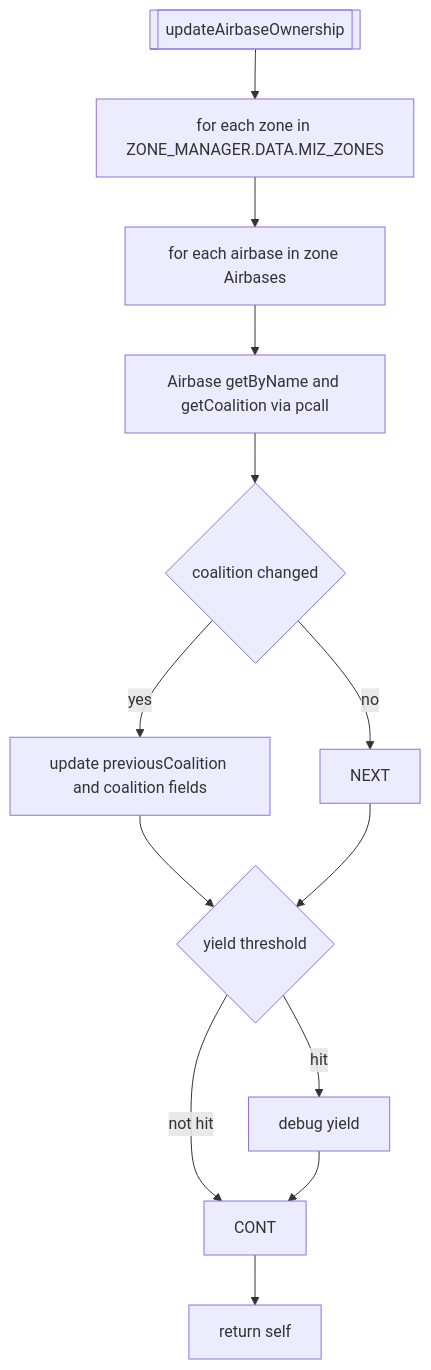
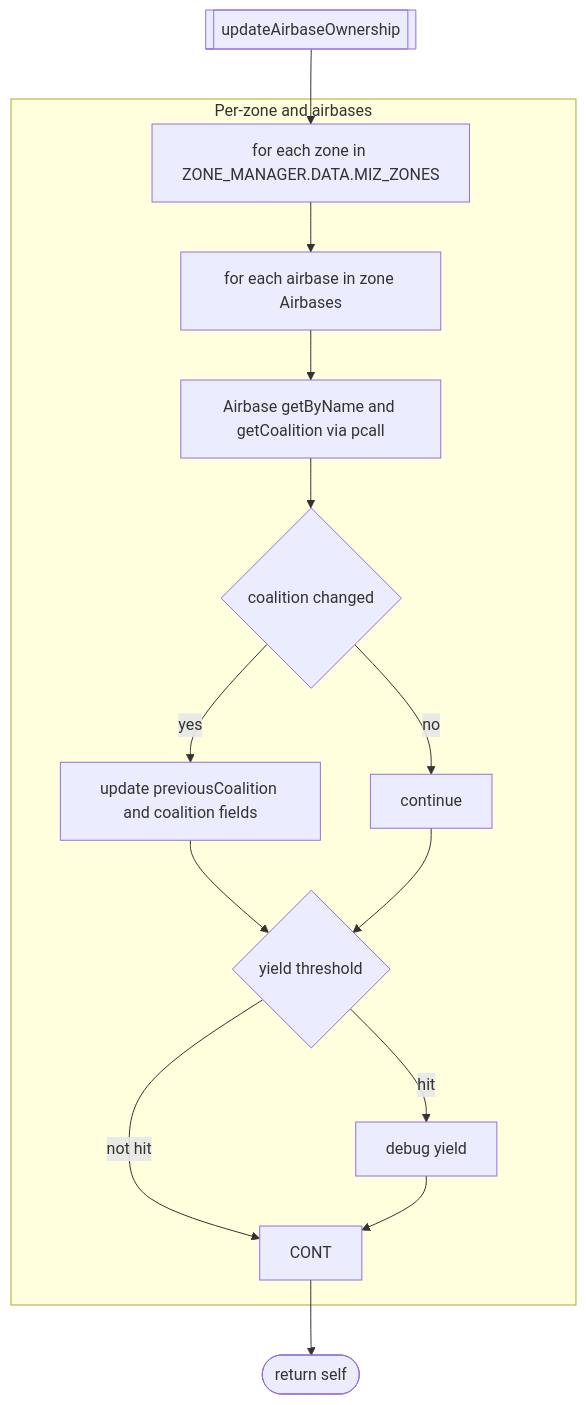
The first of 7 diagrams in docs/world/ownership.md (Gh0st352/AETHR), drawn with Mermaid before and after one commit. The commit also changed other lines of this file and 7 other files, not shown here.

First line of the commit message:
docs(world, mermaid): normalize headings and standardize Mermaid diagrams

````diff
--- a/docs/world/ownership.md
+++ b/docs/world/ownership.md
@@ -23,15 +23,22 @@
 ```mermaid
+%% shared theme: docs/_mermaid/theme.json %%
 flowchart TD
   UAO[[updateAirbaseOwnership]] --> ZL[for each zone in ZONE_MANAGER.DATA.MIZ_ZONES]
-  ZL --> ABL[for each airbase in zone Airbases]
-  ABL --> GET[Airbase getByName and getCoalition via pcall]
-  GET --> CHK{coalition changed}
-  CHK -->|yes| UPD[update previousCoalition and coalition fields]
-  CHK -->|no| NEXT
-  UPD --> YLD{yield threshold}
-  NEXT --> YLD
-  YLD -->|hit| CY[debug yield]
-  YLD -->|not hit| CONT
-  CY --> CONT
-  CONT --> DONE[return self]
+  subgraph "Per-zone and airbases"
+    ZL --> ABL[for each airbase in zone Airbases]
+    ABL --> GET[Airbase getByName and getCoalition via pcall]
+    GET --> CHK{coalition changed}
+    CHK -- "yes" --> UPD[update previousCoalition and coalition fields]
+    CHK -- "no" --> NEXT[continue]
+    UPD --> YLD{yield threshold}
+    NEXT --> YLD
+    YLD -- "hit" --> CY[debug yield]
+    YLD -- "not hit" --> CONT
+    CY --> CONT
+  end
+  CONT --> DONE([return self])
+
+  class CHK,YLD class_decision;
+  class DONE class_result;
+  class UAO,ZL,ABL,GET,UPD,NEXT,CY,CONT class_step;
 ```
````
